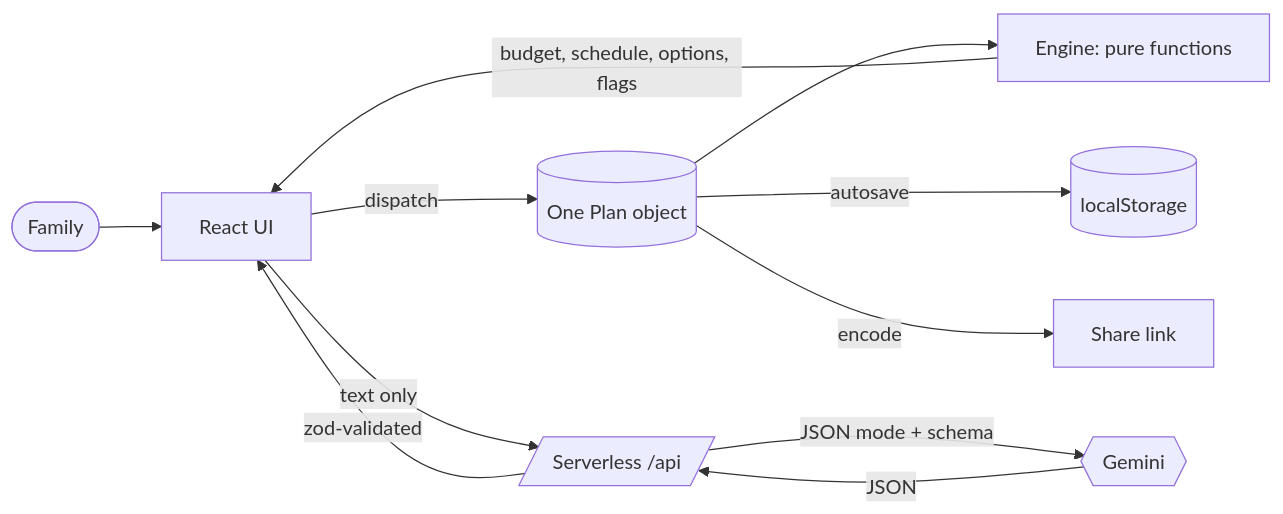
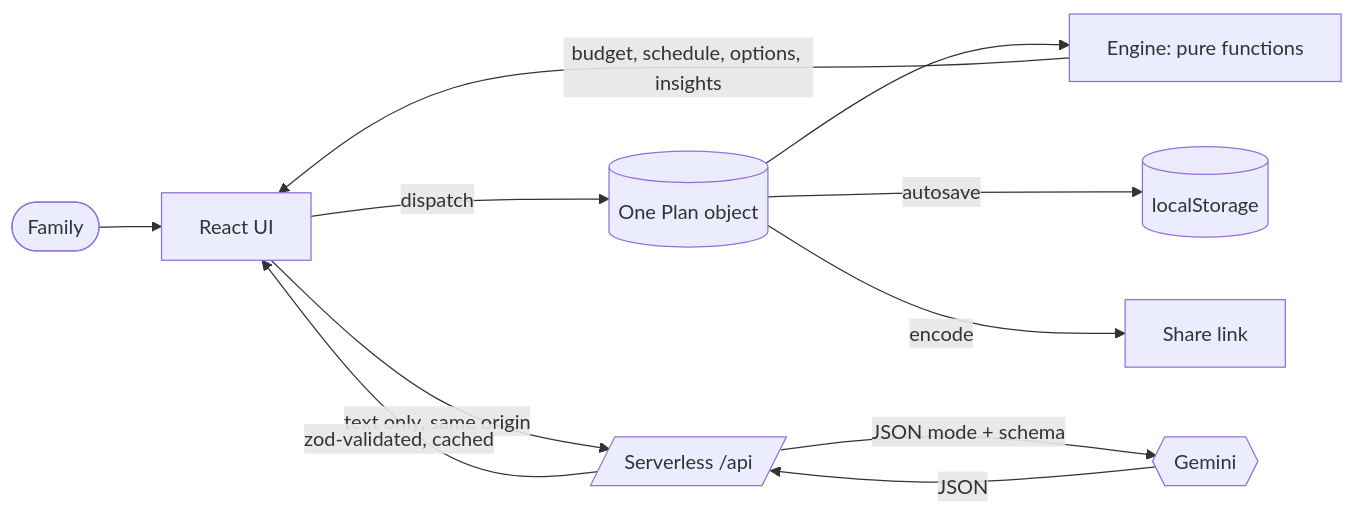
Before and after one commit to akshayparihardev/Promptwars-Challenge-5: the second of 2 diagrams in README.md, drawn with Mermaid. The commit also changed other lines of this file, not shown here.

````diff
--- a/README.md
+++ b/README.md
@@ -104,13 +116,13 @@
 ```mermaid
 flowchart LR
   U([Family]) --> UI[React UI]
   UI -->|dispatch| S[(One Plan object)]
   S --> E[Engine: pure functions]
-  E -->|budget, schedule, options, flags| UI
-  UI -->|text only| API[/Serverless /api/]
+  E -->|budget, schedule, options, insights| UI
+  UI -->|text only, same origin| API[/Serverless /api/]
   API -->|JSON mode + schema| M{{Gemini}}
   M -->|JSON| API
-  API -->|zod-validated| UI
+  API -->|zod-validated, cached| UI
   S -->|autosave| LS[(localStorage)]
   S -->|encode| SL[Share link]
 ```
````
